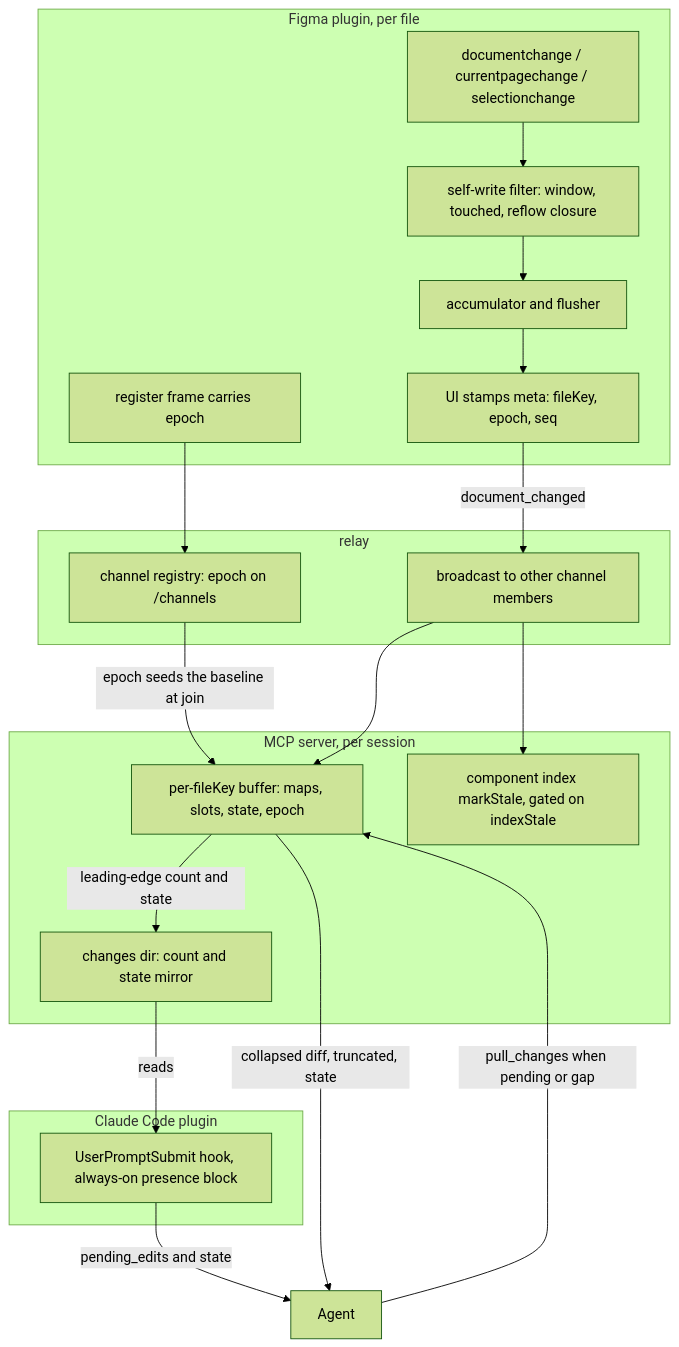
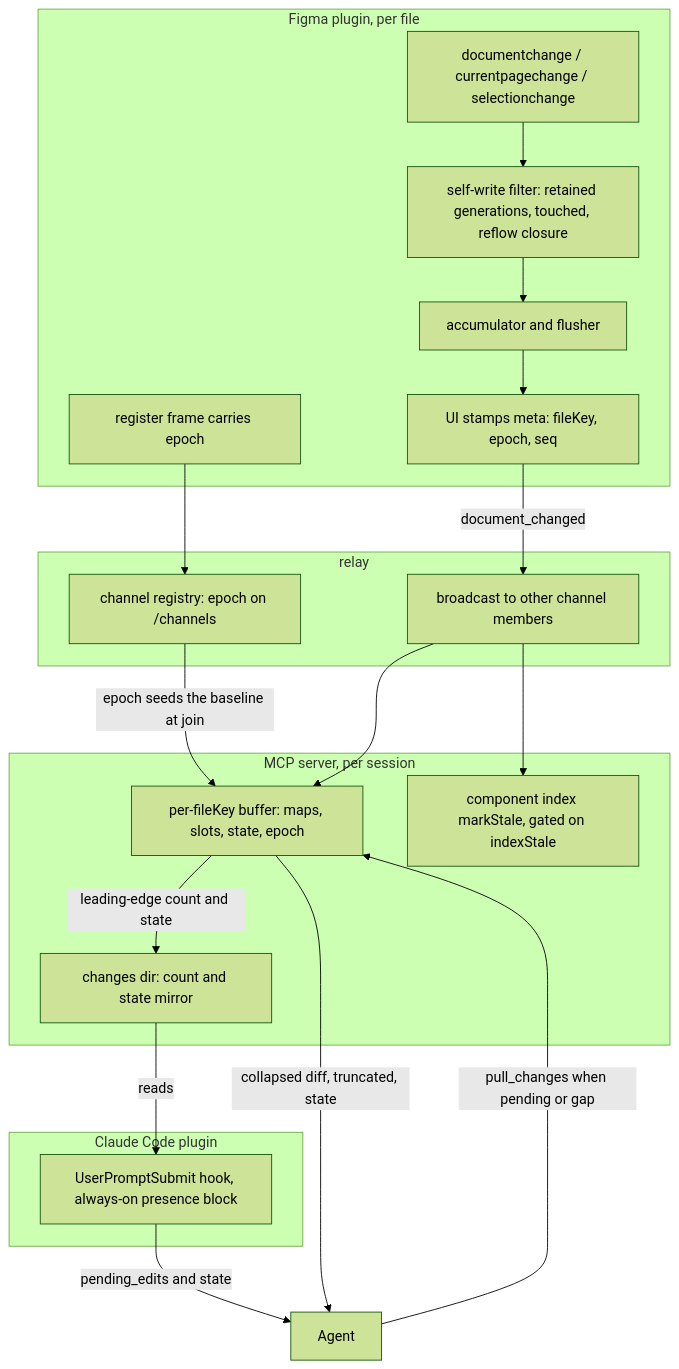
One commit to yleilu/figma-agent-bridge changed the second of 2 diagrams in docs/specs/change-feed.md. Above: the diagram before and after it, drawn with Mermaid (forest theme). The commit also changed other lines of this file, not shown here.

````diff
--- a/docs/specs/change-feed.md
+++ b/docs/specs/change-feed.md
@@ -876,32 +1008,32 @@
 ```mermaid
 flowchart TB
     subgraph Plugin["Figma plugin, per file"]
         L["documentchange / currentpagechange / selectionchange"]
-        G["self-write filter: window, touched, reflow closure"]
+        G["self-write filter: retained generations, touched, reflow closure"]
         A["accumulator and flusher"]
         UM["UI stamps meta: fileKey, epoch, seq"]
         R["register frame carries epoch"]
     end
     subgraph Relay["relay"]
         REG["channel registry: epoch on /channels"]
         BC["broadcast to other channel members"]
     end
     subgraph Server["MCP server, per session"]
         BUF["per-fileKey buffer: maps, slots, state, epoch"]
         CF["changes dir: count and state mirror"]
         IDX["component index markStale, gated on indexStale"]
     end
     subgraph CC["Claude Code plugin"]
         HK["UserPromptSubmit hook, always-on presence block"]
     end
     L --> G --> A --> UM -->|document_changed| BC
     R --> REG
     REG -->|epoch seeds the baseline at join| BUF
     BC --> BUF
     BC --> IDX
     BUF -->|leading-edge count and state| CF
     CF -->|reads| HK
     HK -->|pending_edits and state| Agent
     Agent -->|pull_changes when pending or gap| BUF
     BUF -->|collapsed diff, truncated, state| Agent
 ```
````
